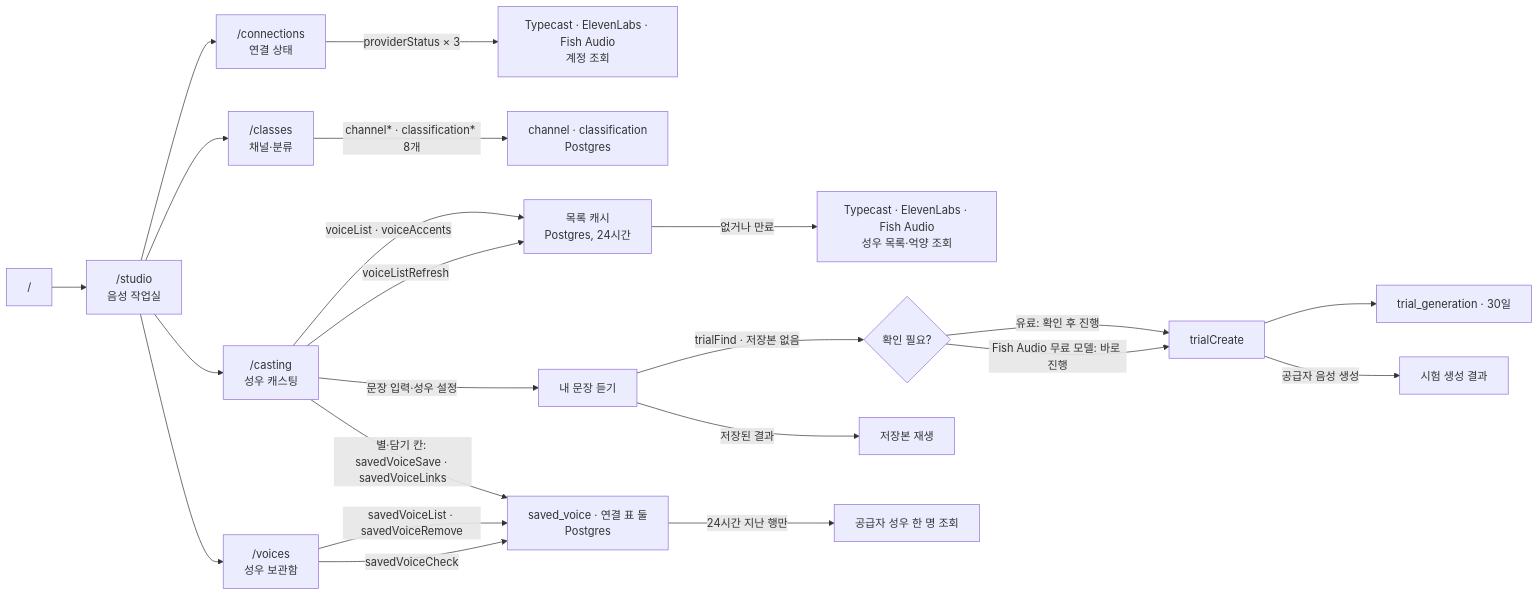
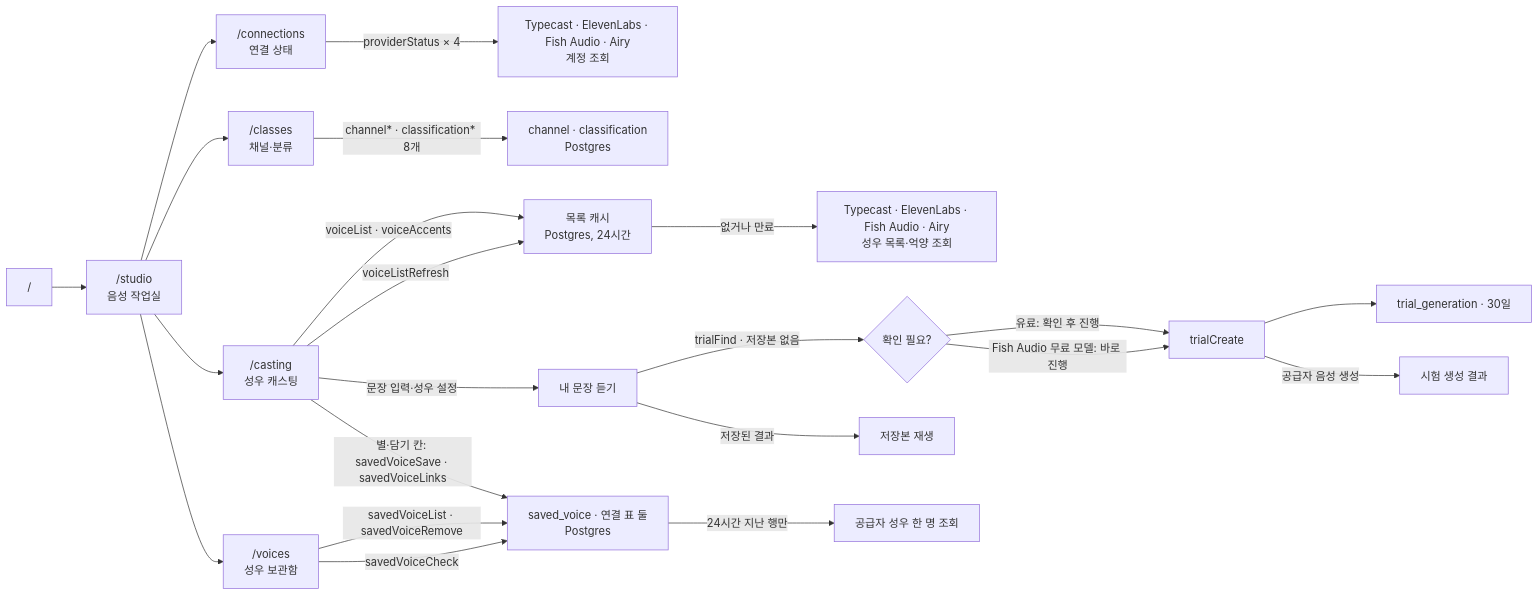
The diagram in docs/domain/project.md (roadkwonai/omni-ai-tts), drawn with Mermaid before and after one commit. The commit also changed other lines of this file and 68 other files, not shown here.

````diff
--- a/docs/domain/project.md
+++ b/docs/domain/project.md
@@ -18,24 +18,24 @@
 ```mermaid
 flowchart LR
   R["/"] --> S["/studio<br/>음성 작업실"]
   S --> C["/connections<br/>연결 상태"]
-  C -->|providerStatus × 3| P["Typecast · ElevenLabs · Fish Audio<br/>계정 조회"]
+  C -->|providerStatus × 4| P["Typecast · ElevenLabs · Fish Audio · Airy<br/>계정 조회"]
   S --> CL["/classes<br/>채널·분류"]
   CL -->|"channel* · classification* 8개"| CD["channel · classification<br/>Postgres"]
   S --> V["/casting<br/>성우 캐스팅"]
   V -->|"voiceList · voiceAccents"| K["목록 캐시<br/>Postgres, 24시간"]
-  K -->|"없거나 만료"| L["Typecast · ElevenLabs · Fish Audio<br/>성우 목록·억양 조회"]
+  K -->|"없거나 만료"| L["Typecast · ElevenLabs · Fish Audio · Airy<br/>성우 목록·억양 조회"]
   V -->|voiceListRefresh| K
   V -->|문장 입력·성우 설정| TF["내 문장 듣기"]
   TF -->|trialFind · 저장본 없음| TC{"확인 필요?"}
   TC -->|유료: 확인 후 진행| TCR["trialCreate"]
   TC -->|Fish Audio 무료 모델: 바로 진행| TCR
   TF -->|저장된 결과| TA["저장본 재생"]
   TCR --> TR["trial_generation · 30일"]
   TCR -->|공급자 음성 생성| TOUT["시험 생성 결과"]
   V -->|"별·담기 칸: savedVoiceSave · savedVoiceLinks"| SV["saved_voice · 연결 표 둘<br/>Postgres"]
   S --> LB["/voices<br/>성우 보관함"]
   LB -->|"savedVoiceList · savedVoiceRemove"| SV
   LB -->|savedVoiceCheck| SV
   SV -->|"24시간 지난 행만"| G["공급자 성우 한 명 조회"]
 ```
````
